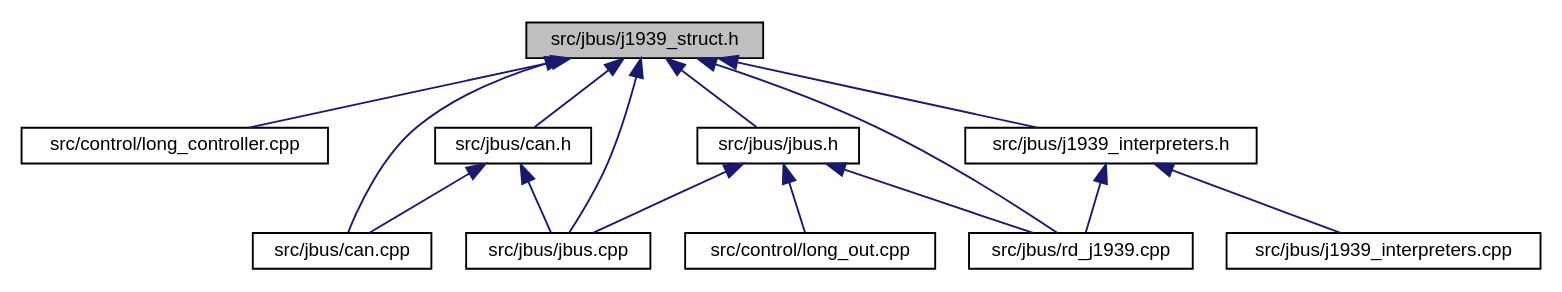
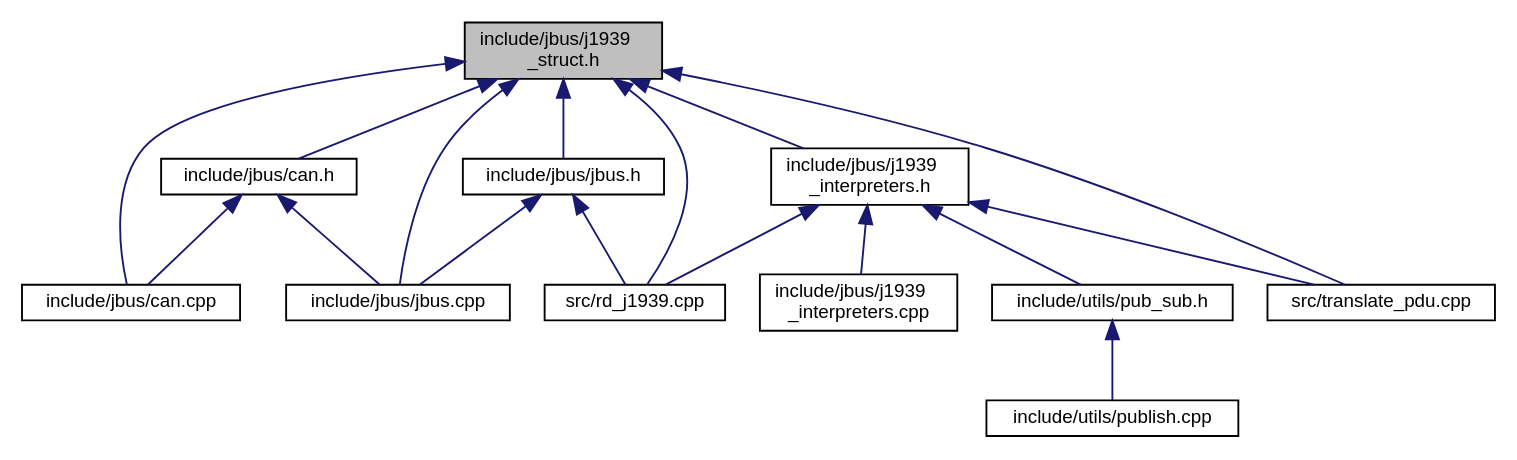
One commit to AboudyKreidieh/truck-code changed the diagram in docs/j1939__struct_8h__dep__incl.dot. Above: the diagram before and after it, drawn with Graphviz. The commit also changed 582 other files, not shown here.

```diff
--- a/docs/j1939__struct_8h__dep__incl.dot
+++ b/docs/j1939__struct_8h__dep__incl.dot
@@ -1,29 +1,32 @@
-digraph "src/jbus/j1939_struct.h"
+digraph "include/jbus/j1939_struct.h"
 {
   edge [fontname="Helvetica",fontsize="10",labelfontname="Helvetica",labelfontsize="10"];
   node [fontname="Helvetica",fontsize="10",shape=record];
-  Node7 [label="src/jbus/j1939_struct.h",height=0.2,width=0.4,color="black", fillcolor="grey75", style="filled", fontcolor="black"];
+  Node7 [label="include/jbus/j1939\l_struct.h",height=0.2,width=0.4,color="black", fillcolor="grey75", style="filled", fontcolor="black"];
   Node7 -> Node8 [dir="back",color="midnightblue",fontsize="10",style="solid",fontname="Helvetica"];
-  Node8 [label="src/control/long_controller.cpp",height=0.2,width=0.4,color="black", fillcolor="white", style="filled",URL="$long__controller_8cpp.html"];
+  Node8 [label="include/jbus/can.h",height=0.2,width=0.4,color="black", fillcolor="white", style="filled",URL="$can_8h.html"];
+  Node8 -> Node9 [dir="back",color="midnightblue",fontsize="10",style="solid",fontname="Helvetica"];
+  Node9 [label="include/jbus/can.cpp",height=0.2,width=0.4,color="black", fillcolor="white", style="filled",URL="$can_8cpp.html"];
+  Node8 -> Node10 [dir="back",color="midnightblue",fontsize="10",style="solid",fontname="Helvetica"];
+  Node10 [label="include/jbus/jbus.cpp",height=0.2,width=0.4,color="black", fillcolor="white", style="filled",URL="$jbus_8cpp.html"];
   Node7 -> Node9 [dir="back",color="midnightblue",fontsize="10",style="solid",fontname="Helvetica"];
-  Node9 [label="src/jbus/can.h",height=0.2,width=0.4,color="black", fillcolor="white", style="filled",URL="$can_8h.html"];
-  Node9 -> Node10 [dir="back",color="midnightblue",fontsize="10",style="solid",fontname="Helvetica"];
-  Node10 [label="src/jbus/can.cpp",height=0.2,width=0.4,color="black", fillcolor="white", style="filled",URL="$can_8cpp.html"];
-  Node9 -> Node11 [dir="back",color="midnightblue",fontsize="10",style="solid",fontname="Helvetica"];
-  Node11 [label="src/jbus/jbus.cpp",height=0.2,width=0.4,color="black", fillcolor="white", style="filled",URL="$jbus_8cpp.html"];
+  Node7 -> Node11 [dir="back",color="midnightblue",fontsize="10",style="solid",fontname="Helvetica"];
+  Node11 [label="include/jbus/j1939\l_interpreters.h",height=0.2,width=0.4,color="black", fillcolor="white", style="filled",URL="$j1939__interpreters_8h.html"];
+  Node11 -> Node12 [dir="back",color="midnightblue",fontsize="10",style="solid",fontname="Helvetica"];
+  Node12 [label="include/jbus/j1939\l_interpreters.cpp",height=0.2,width=0.4,color="black", fillcolor="white", style="filled",URL="$j1939__interpreters_8cpp.html"];
+  Node11 -> Node13 [dir="back",color="midnightblue",fontsize="10",style="solid",fontname="Helvetica"];
+  Node13 [label="include/utils/pub_sub.h",height=0.2,width=0.4,color="black", fillcolor="white", style="filled",URL="$pub__sub_8h.html"];
+  Node13 -> Node14 [dir="back",color="midnightblue",fontsize="10",style="solid",fontname="Helvetica"];
+  Node14 [label="include/utils/publish.cpp",height=0.2,width=0.4,color="black", fillcolor="white", style="filled",URL="$publish_8cpp.html"];
+  Node11 -> Node15 [dir="back",color="midnightblue",fontsize="10",style="solid",fontname="Helvetica"];
+  Node15 [label="src/rd_j1939.cpp",height=0.2,width=0.4,color="black", fillcolor="white", style="filled",URL="$rd__j1939_8cpp.html"];
+  Node11 -> Node16 [dir="back",color="midnightblue",fontsize="10",style="solid",fontname="Helvetica"];
+  Node16 [label="src/translate_pdu.cpp",height=0.2,width=0.4,color="black", fillcolor="white", style="filled",URL="$translate__pdu_8cpp.html"];
+  Node7 -> Node17 [dir="back",color="midnightblue",fontsize="10",style="solid",fontname="Helvetica"];
+  Node17 [label="include/jbus/jbus.h",height=0.2,width=0.4,color="black", fillcolor="white", style="filled",URL="$jbus_8h.html"];
+  Node17 -> Node10 [dir="back",color="midnightblue",fontsize="10",style="solid",fontname="Helvetica"];
+  Node17 -> Node15 [dir="back",color="midnightblue",fontsize="10",style="solid",fontname="Helvetica"];
   Node7 -> Node10 [dir="back",color="midnightblue",fontsize="10",style="solid",fontname="Helvetica"];
-  Node7 -> Node12 [dir="back",color="midnightblue",fontsize="10",style="solid",fontname="Helvetica"];
-  Node12 [label="src/jbus/j1939_interpreters.h",height=0.2,width=0.4,color="black", fillcolor="white", style="filled",URL="$j1939__interpreters_8h.html"];
-  Node12 -> Node13 [dir="back",color="midnightblue",fontsize="10",style="solid",fontname="Helvetica"];
-  Node13 [label="src/jbus/j1939_interpreters.cpp",height=0.2,width=0.4,color="black", fillcolor="white", style="filled",URL="$j1939__interpreters_8cpp.html"];
-  Node12 -> Node14 [dir="back",color="midnightblue",fontsize="10",style="solid",fontname="Helvetica"];
-  Node14 [label="src/jbus/rd_j1939.cpp",height=0.2,width=0.4,color="black", fillcolor="white", style="filled",URL="$rd__j1939_8cpp.html"];
   Node7 -> Node15 [dir="back",color="midnightblue",fontsize="10",style="solid",fontname="Helvetica"];
-  Node15 [label="src/jbus/jbus.h",height=0.2,width=0.4,color="black", fillcolor="white", style="filled",URL="$jbus_8h.html"];
-  Node15 -> Node16 [dir="back",color="midnightblue",fontsize="10",style="solid",fontname="Helvetica"];
-  Node16 [label="src/control/long_out.cpp",height=0.2,width=0.4,color="black", fillcolor="white", style="filled",URL="$long__out_8cpp.html"];
-  Node15 -> Node11 [dir="back",color="midnightblue",fontsize="10",style="solid",fontname="Helvetica"];
-  Node15 -> Node14 [dir="back",color="midnightblue",fontsize="10",style="solid",fontname="Helvetica"];
-  Node7 -> Node11 [dir="back",color="midnightblue",fontsize="10",style="solid",fontname="Helvetica"];
-  Node7 -> Node14 [dir="back",color="midnightblue",fontsize="10",style="solid",fontname="Helvetica"];
+  Node7 -> Node16 [dir="back",color="midnightblue",fontsize="10",style="solid",fontname="Helvetica"];
 }
```
